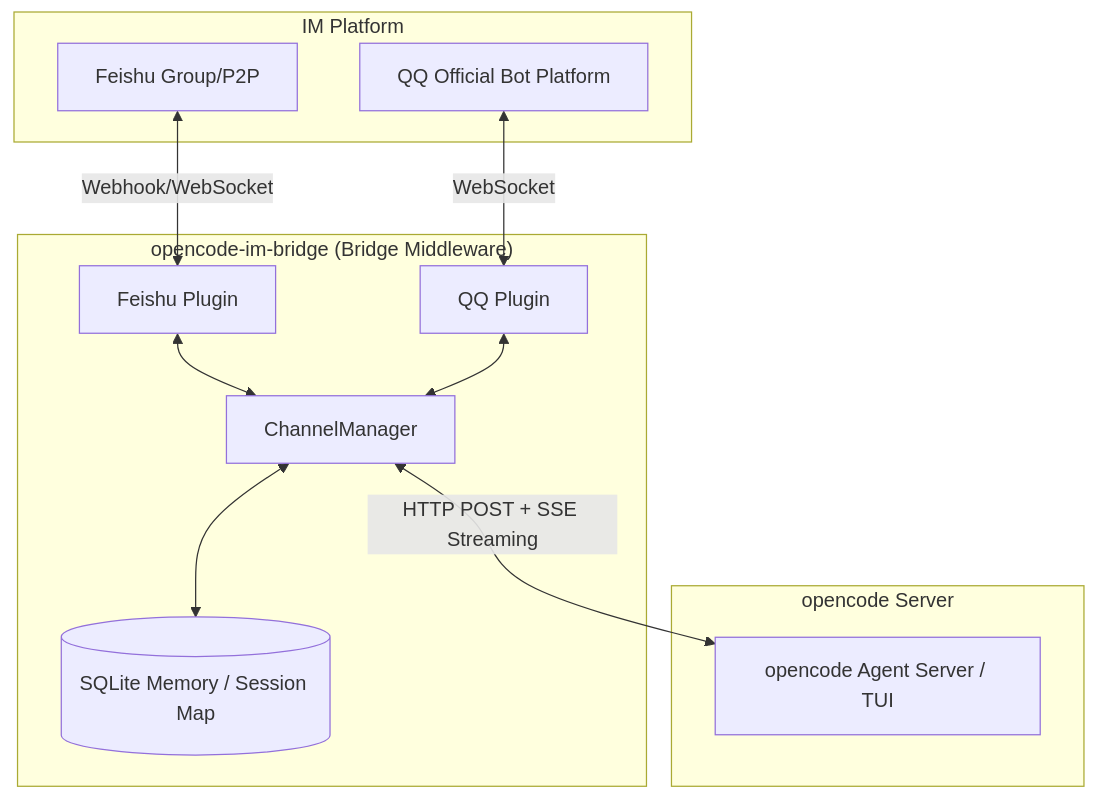
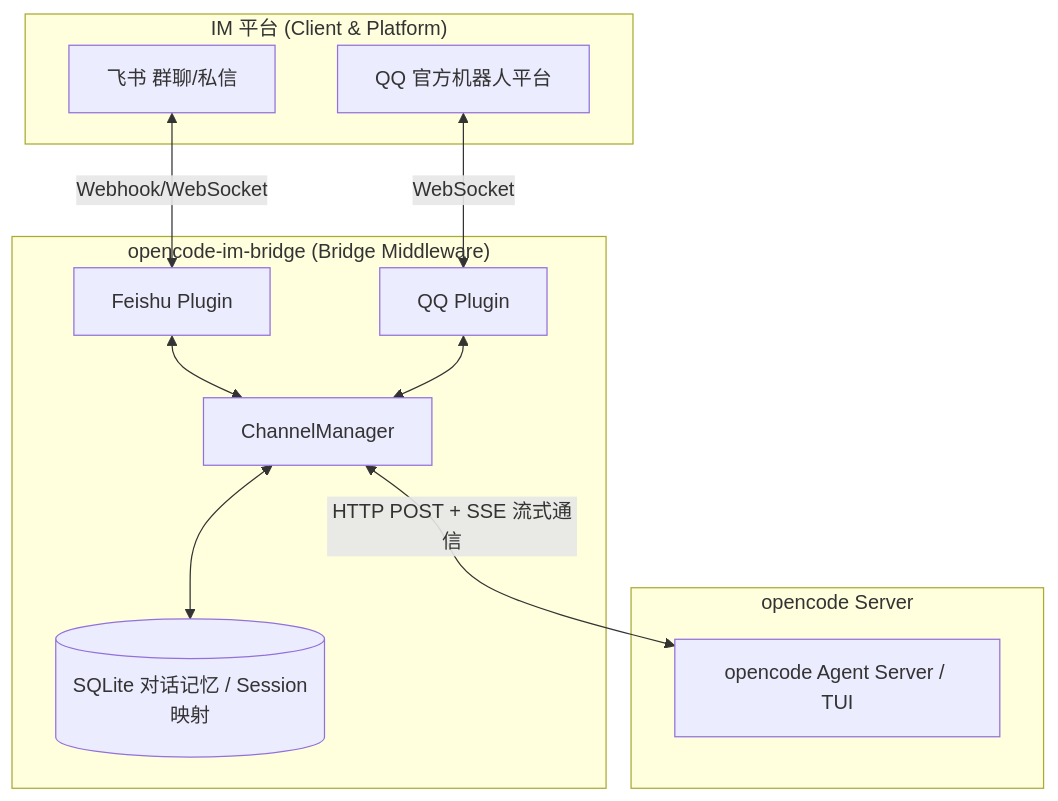
One commit to shf-275599/opencode-chat-bridge changed the diagram in README.md. Above: the diagram before and after it, drawn with Mermaid. The commit also changed other lines of this file and 15 other files, not shown here.

````diff
--- a/README.md
+++ b/README.md
@@ -30,25 +30,25 @@
 ```mermaid
 graph TD;
-    subgraph "IM Platform"
-        Feishu[Feishu Group/P2P]
-        QQ[QQ Official Bot Platform]
+    subgraph "IM 平台 (Client & Platform)"
+        Feishu[飞书 群聊/私信]
+        QQ[QQ 官方机器人平台]
     end
 
     subgraph "opencode-im-bridge (Bridge Middleware)"
         FeishuPlugin[Feishu Plugin]
         QQPlugin[QQ Plugin]
         
         FeishuPlugin <--> ChannelManager
         QQPlugin <--> ChannelManager
 
-        ChannelManager <--> SessionManager[(SQLite Memory / Session Map)]
+        ChannelManager <--> SessionManager[(SQLite 对话记忆 / Session映射)]
     end
     
     subgraph "opencode Server"
         Agent[opencode Agent Server / TUI]
     end
 
     Feishu <--> |Webhook/WebSocket| FeishuPlugin
     QQ <--> |WebSocket| QQPlugin
-    ChannelManager <--> |HTTP POST + SSE Streaming| Agent
+    ChannelManager <--> |HTTP POST + SSE 流式通信| Agent
 ```
````
